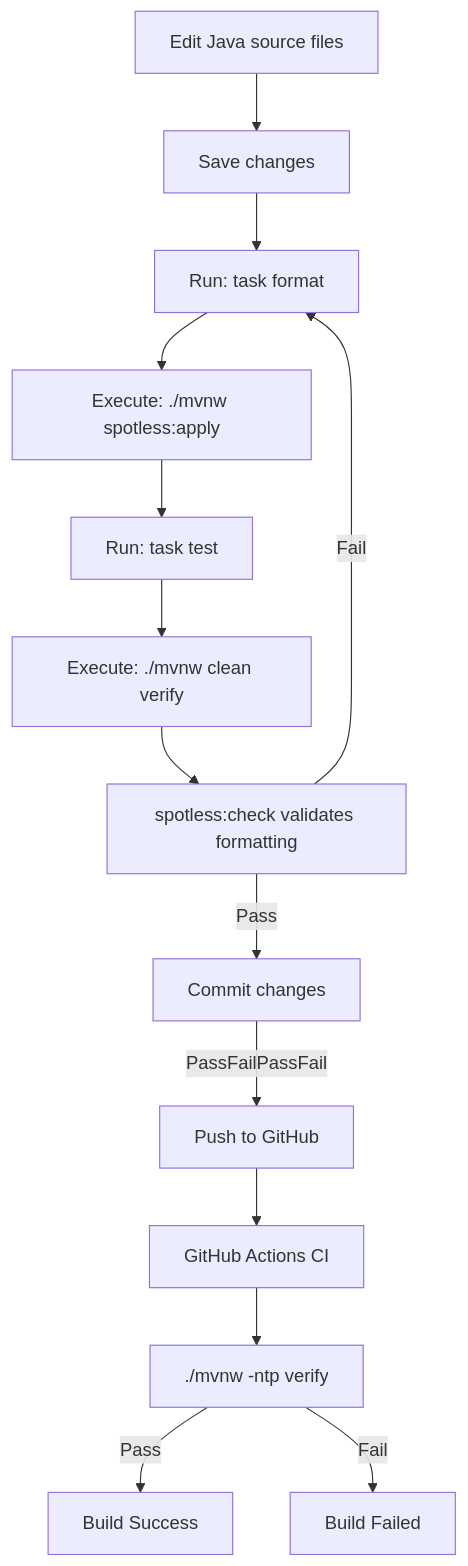
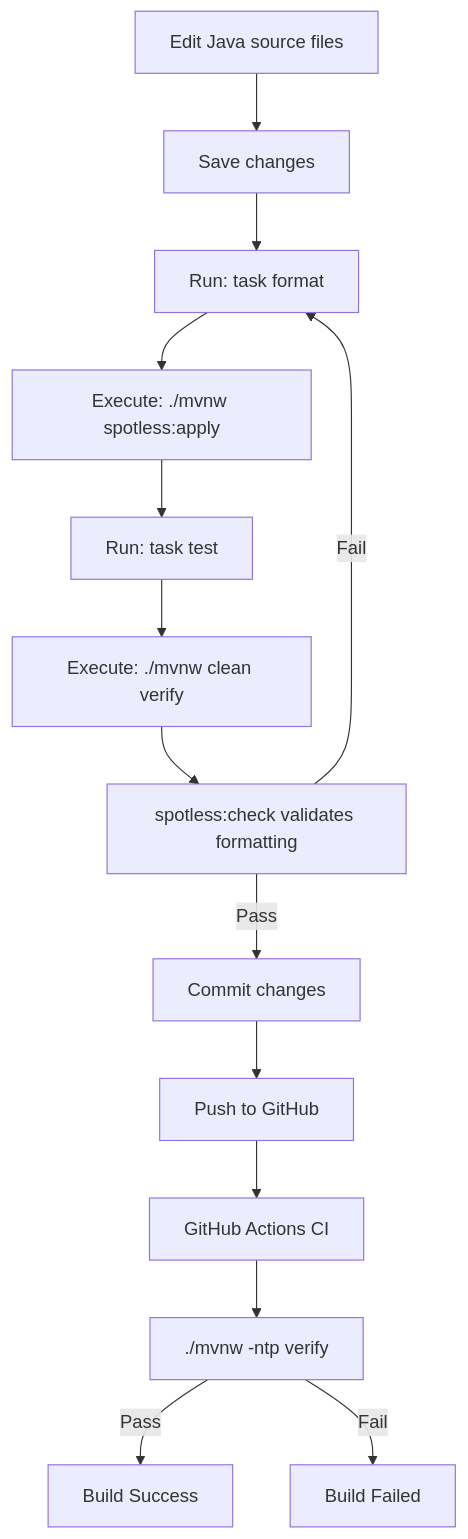
The fourth of 4 diagrams in docs/deepwiki/Code-Quality-and-Formatting.md (philipz/spring-modular-monolith), drawn with Mermaid before and after one commit. The commit also changed 32 other files, not shown here.

````diff
--- a/docs/deepwiki/Code-Quality-and-Formatting.md
+++ b/docs/deepwiki/Code-Quality-and-Formatting.md
@@ -231,31 +231,31 @@
 ```mermaid
 flowchart TD
 
 edit["Edit Java source files"]
 save["Save changes"]
 format["Run: task format"]
 spotlessApply["Execute: ./mvnw spotless:apply"]
 verify["Run: task test"]
 mvnVerify["Execute: ./mvnw clean verify"]
 spotlessCheck["spotless:check validates formatting"]
 commit["Commit changes"]
 push["Push to GitHub"]
 ci["GitHub Actions CI"]
 ciVerify["./mvnw -ntp verify"]
 success["Build Success"]
 reject["Build Failed"]
 
 edit --> save
 save --> format
 format --> spotlessApply
 spotlessApply --> verify
 verify --> mvnVerify
 mvnVerify --> spotlessCheck
 spotlessCheck -->|"Pass"| commit
 spotlessCheck -->|"Fail"| format
-commit -->|"PassFailPassFail"| push
+commit --> push
 push --> ci
 ci --> ciVerify
 ciVerify -->|"Pass"| success
 ciVerify -->|"Fail"| reject
 ```
````
